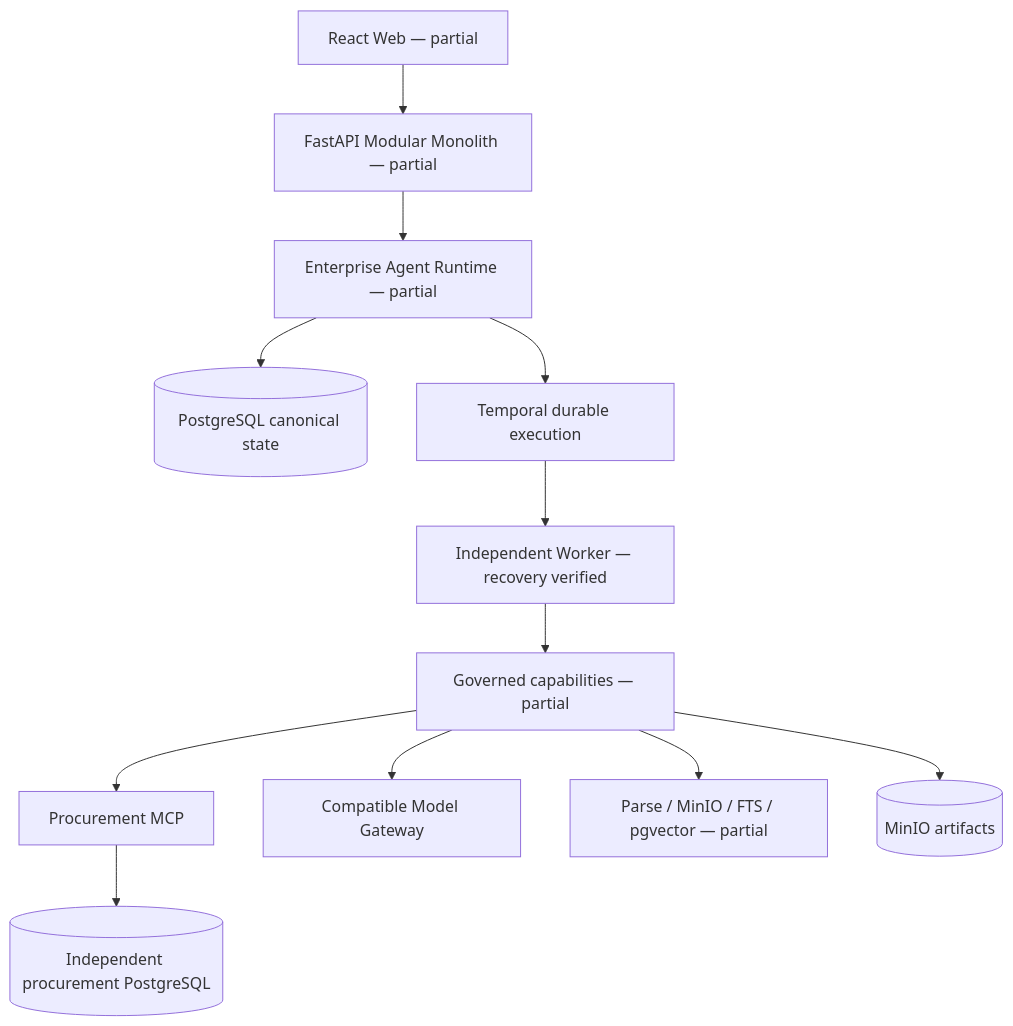
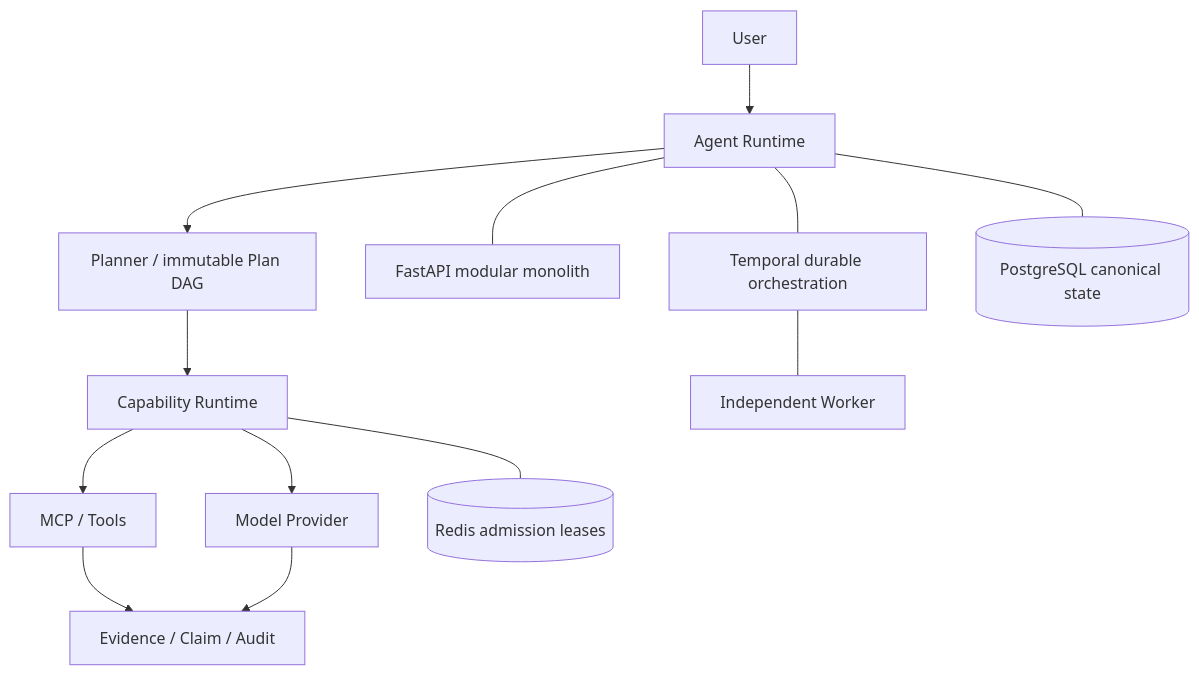
One commit to HeiZhuJiJi/aiAgent changed the diagram in README.md. Above: the diagram before and after it, drawn with Mermaid. The commit also changed other lines of this file and 299 other files, not shown here.

````diff
--- a/README.md
+++ b/README.md
@@ -9,14 +17,16 @@
 ```mermaid
 flowchart TD
-    Web[React Web — partial] --> API[FastAPI Modular Monolith — partial]
-    API --> Runtime[Enterprise Agent Runtime — partial]
-    Runtime --> PG[(PostgreSQL canonical state)]
-    Runtime --> Temporal[Temporal durable execution]
-    Temporal --> Worker[Independent Worker — recovery verified]
-    Worker --> Capabilities[Governed capabilities — partial]
-    Capabilities --> MCP[Procurement MCP]
-    MCP --> ProcurementDB[(Independent procurement PostgreSQL)]
-    Capabilities --> Model[Compatible Model Gateway]
-    Capabilities --> RAG[Parse / MinIO / FTS / pgvector — partial]
-    Capabilities --> MinIO[(MinIO artifacts)]
+    User[User] --> Runtime[Agent Runtime]
+    Runtime --> Planner[Planner / immutable Plan DAG]
+    Planner --> Capability[Capability Runtime]
+    Capability --> MCP[MCP / Tools]
+    Capability --> Model[Model Provider]
+    MCP --> Evidence[Evidence / Claim / Audit]
+    Model --> Evidence
+
+    Runtime --- API[FastAPI modular monolith]
+    Runtime --- Temporal[Temporal durable orchestration]
+    Temporal --- Worker[Independent Worker]
+    Runtime --- PG[(PostgreSQL canonical state)]
+    Capability --- Redis[(Redis admission leases)]
 ```
````
